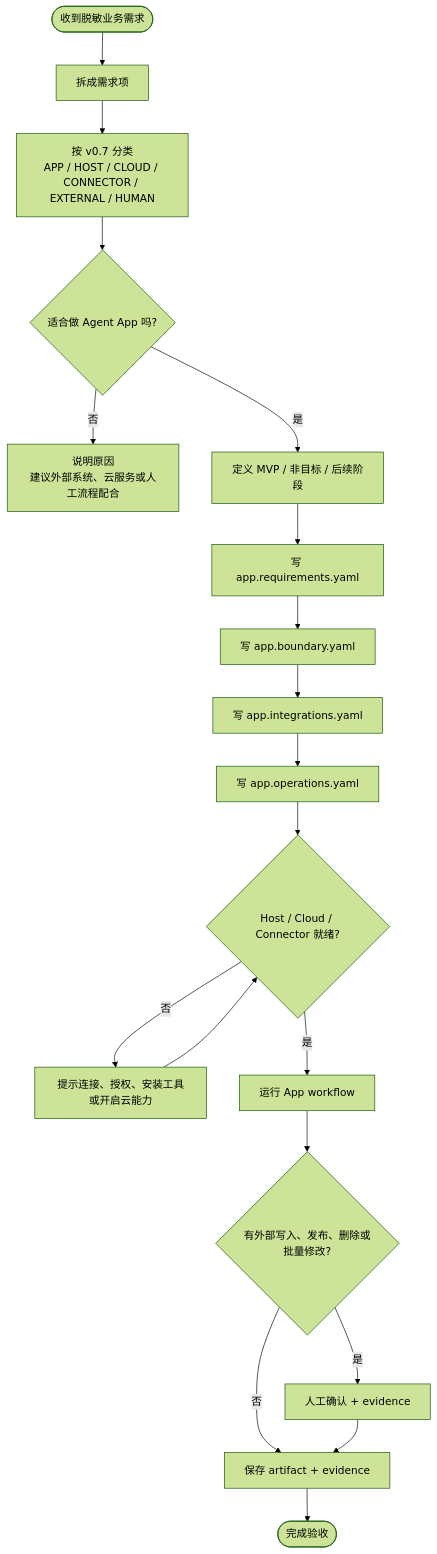
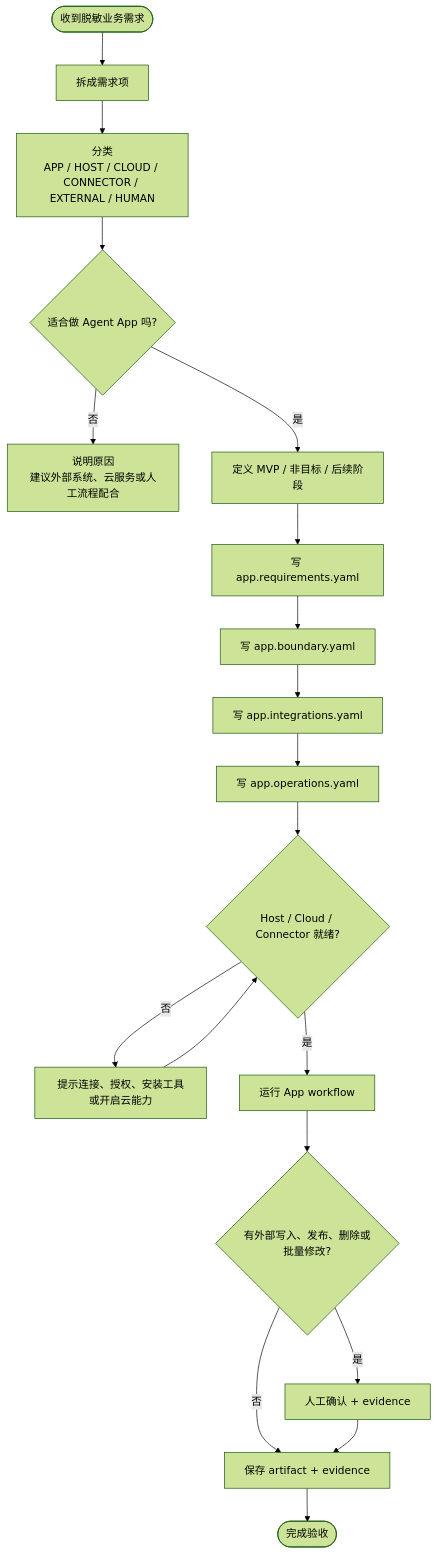
Before and after one commit to limecloud/agentapp: the third of 5 diagrams in docs/zh/specification.md, drawn with Mermaid (forest theme). The commit also changed other lines of this file and 86 other files, not shown here.

````diff
--- a/docs/zh/specification.md
+++ b/docs/zh/specification.md
@@ -630,21 +632,21 @@
 ```mermaid
 flowchart TD
   Start([收到脱敏业务需求]) --> Extract[拆成需求项]
-  Extract --> Classify[按 v0.7 分类\nAPP / HOST / CLOUD / CONNECTOR / EXTERNAL / HUMAN]
+  Extract --> Classify[分类\nAPP / HOST / CLOUD / CONNECTOR / EXTERNAL / HUMAN]
   Classify --> Fit{适合做 Agent App 吗?}
   Fit -- 否 --> Explain[说明原因\n建议外部系统、云服务或人工流程配合]
   Fit -- 是 --> Scope[定义 MVP / 非目标 / 后续阶段]
   Scope --> Req[写 app.requirements.yaml]
   Req --> Boundary[写 app.boundary.yaml]
   Boundary --> Integrations[写 app.integrations.yaml]
   Integrations --> Operations[写 app.operations.yaml]
   Operations --> Ready{Host / Cloud / Connector 就绪?}
   Ready -- 否 --> Setup[提示连接、授权、安装工具或开启云能力]
   Setup --> Ready
   Ready -- 是 --> Run[运行 App workflow]
   Run --> Risk{有外部写入、发布、删除或批量修改?}
   Risk -- 是 --> Human[人工确认 + evidence]
   Risk -- 否 --> Save[保存 artifact + evidence]
   Human --> Save
   Save --> Done([完成验收])
 ```
````
